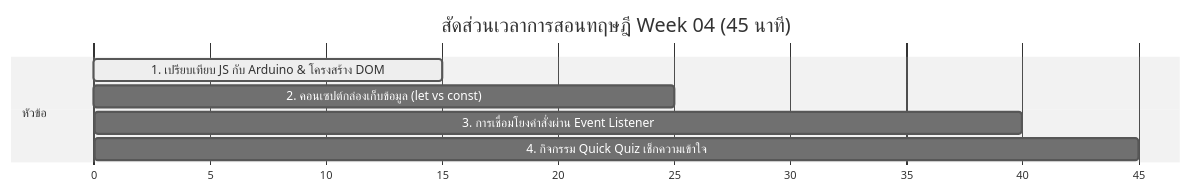
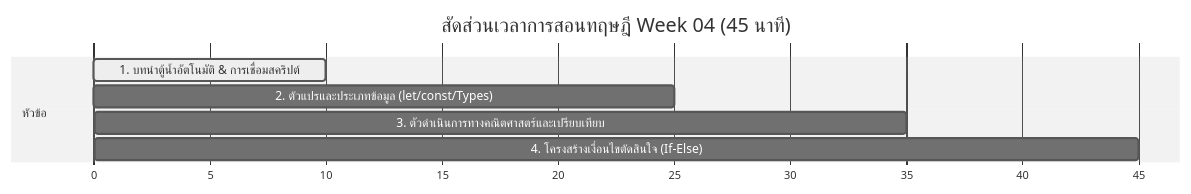
One commit to jirawat9ball/Website_lesson_plan changed the diagram in Week 04/Teacher/README.md. Above: the diagram before and after it, drawn with Mermaid (neutral theme). The commit also changed other lines of this file and 68 other files, not shown here.

````diff
--- a/Week 04/Teacher/README.md
+++ b/Week 04/Teacher/README.md
@@ -8,11 +8,11 @@
 ```mermaid
 gantt
     title สัดส่วนเวลาการสอนทฤษฎี Week 04 (45 นาที)
     dateFormat  X
     axisFormat %s
     section หัวข้อ
-    1. เปรียบเทียบ JS กับ Arduino & โครงสร้าง DOM : active, 0, 15
-    2. คอนเซปต์กล่องเก็บข้อมูล (let vs const) : 15, 25
-    3. การเชื่อมโยงคำสั่งผ่าน Event Listener : 25, 40
-    4. กิจกรรม Quick Quiz เช็กความเข้าใจ : 40, 45
+    1. บทนำตู้น้ำอัตโนมัติ & การเชื่อมสคริปต์ : active, 0, 10
+    2. ตัวแปรและประเภทข้อมูล (let/const/Types) : 10, 25
+    3. ตัวดำเนินการทางคณิตศาสตร์และเปรียบเทียบ : 25, 35
+    4. โครงสร้างเงื่อนไขตัดสินใจ (If-Else) : 35, 45
 ```
````
